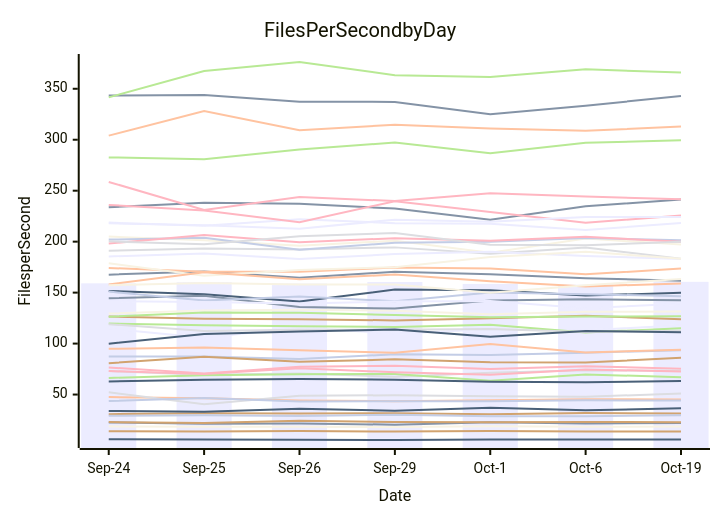
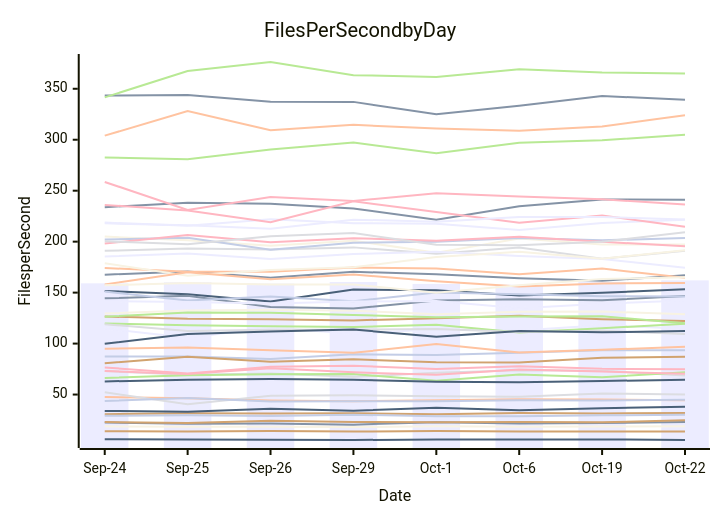
The diagram in perf-report.md (streetsidesoftware/cspell), drawn with Mermaid before and after one commit. The commit also changed other lines of this file and 1 other file, not shown here.

````diff
--- a/perf-report.md
+++ b/perf-report.md
@@ -10,57 +10,57 @@
 ```mermaid
 xychart-beta
     title Files Per Second by Day
     y-axis Files per Second
-    x-axis Date [Sep-24, Sep-25, Sep-26, Sep-29, Oct-1, Oct-6, Oct-19]
-    bar [159.12, 160.20, 158.85, 160.46, 158.54, 157.78, 160.58]
-    line [167.61, 170.71, 164.68, 170.44, 168.02, 164.09, 161.71]
-    line [47.56, 46.43, 44.28, 43.43, 44.41, 45.48, 45.18]
-    line [52.29, 40.48, 48.89, 49.28, 48.37, 47.88, 50.97]
-    line [282.67, 280.96, 290.36, 297.31, 286.74, 296.93, 299.41]
-    line [14.04, 13.83, 14.23, 13.74, 14.24, 13.86, 13.81]
-    line [43.68, 46.57, 43.13, 43.45, 43.36, 44.34, 44.15]
-    line [76.56, 70.74, 77.36, 78.18, 75.07, 77.78, 75.28]
-    line [6.07, 5.98, 5.68, 5.41, 5.92, 6.00, 6.02]
-    line [205.02, 201.39, 195.94, 200.94, 189.24, 203.08, 197.32]
-    line [114.76, 105.80, 115.76, 109.67, 113.99, 112.94, 118.00]
-    line [22.62, 21.27, 21.60, 20.47, 22.93, 21.69, 22.11]
-    line [174.18, 170.43, 170.45, 174.63, 173.65, 167.92, 173.59]
-    line [73.00, 69.32, 70.55, 67.39, 71.27, 73.77, 73.27]
-    line [66.34, 68.88, 70.01, 70.14, 63.55, 69.72, 67.05]
-    line [30.72, 31.67, 31.52, 31.59, 30.62, 31.79, 31.44]
-    line [87.21, 87.42, 84.85, 89.53, 88.83, 91.13, 93.37]
-    line [73.03, 70.23, 75.87, 71.80, 69.38, 74.54, 72.64]
-    line [62.91, 64.44, 65.18, 64.56, 62.65, 62.01, 63.29]
-    line [18.78, 18.52, 18.42, 18.07, 18.99, 18.38, 18.69]
-    line [218.68, 215.66, 222.06, 218.14, 217.51, 211.32, 218.31]
-    line [343.35, 343.97, 337.30, 337.13, 324.92, 333.43, 342.86]
-    line [304.00, 328.11, 309.34, 314.63, 311.05, 308.73, 313.03]
-    line [190.99, 193.37, 192.37, 194.39, 188.26, 194.31, 183.18]
-    line [119.64, 118.05, 116.99, 116.24, 118.39, 111.00, 115.01]
-    line [126.63, 124.32, 123.86, 122.76, 124.85, 127.28, 123.99]
-    line [202.02, 203.87, 192.01, 198.88, 199.85, 203.55, 201.34]
-    line [198.18, 206.47, 199.39, 203.39, 200.83, 204.79, 199.89]
-    line [33.90, 33.12, 36.15, 34.22, 37.04, 34.53, 36.49]
-    line [129.51, 132.51, 133.16, 132.31, 128.76, 131.24, 131.49]
-    line [185.48, 188.32, 183.01, 187.77, 190.16, 185.98, 183.04]
-    line [233.86, 238.09, 237.21, 232.50, 221.42, 234.66, 241.48]
-    line [94.92, 96.04, 93.49, 90.93, 99.59, 91.34, 93.97]
-    line [200.29, 197.49, 205.32, 208.45, 197.08, 196.39, 199.93]
-    line [126.43, 130.53, 130.33, 127.99, 125.90, 126.66, 126.74]
-    line [23.00, 22.21, 24.38, 23.05, 22.85, 23.16, 22.78]
-    line [29.23, 29.70, 28.98, 30.17, 28.67, 28.81, 29.58]
-    line [235.99, 230.67, 219.04, 239.66, 229.06, 218.48, 225.66]
-    line [151.64, 148.32, 141.41, 152.96, 152.29, 147.14, 149.81]
-    line [178.77, 166.50, 172.24, 175.00, 184.88, 190.21, 183.26]
-    line [217.97, 216.10, 212.71, 221.60, 219.58, 224.28, 224.21]
-    line [144.39, 146.81, 135.80, 134.31, 142.24, 143.38, 142.44]
-    line [158.06, 170.07, 163.11, 167.69, 161.21, 156.12, 158.95]
-    line [119.04, 112.27, 113.64, 113.59, 114.39, 111.42, 112.56]
-    line [341.57, 367.34, 376.26, 363.37, 361.56, 369.11, 365.93]
-    line [80.71, 87.03, 82.08, 84.54, 81.78, 81.41, 86.03]
-    line [151.00, 142.17, 146.26, 141.54, 150.02, 148.37, 146.50]
-    line [258.60, 231.14, 243.74, 239.90, 247.38, 244.34, 241.58]
-    line [99.84, 109.30, 111.81, 113.74, 106.75, 112.35, 111.02]
-    line [157.19, 159.48, 158.08, 158.04, 149.87, 157.33, 163.29]
-    line [141.65, 140.89, 139.38, 141.22, 141.74, 134.66, 139.08]
+    x-axis Date [Sep-24, Sep-25, Sep-26, Sep-29, Oct-1, Oct-6, Oct-19, Oct-22]
+    bar [159.12, 160.20, 158.85, 160.46, 158.54, 157.78, 160.58, 162.02]
+    line [167.61, 170.71, 164.68, 170.44, 168.02, 164.09, 161.71, 166.96]
+    line [47.56, 46.43, 44.28, 43.43, 44.41, 45.48, 45.18, 44.42]
+    line [52.29, 40.48, 48.89, 49.28, 48.37, 47.88, 50.97, 50.11]
+    line [282.67, 280.96, 290.36, 297.31, 286.74, 296.93, 299.41, 304.79]
+    line [14.04, 13.83, 14.23, 13.74, 14.24, 13.86, 13.81, 13.67]
+    line [43.68, 46.57, 43.13, 43.45, 43.36, 44.34, 44.15, 44.79]
+    line [76.56, 70.74, 77.36, 78.18, 75.07, 77.78, 75.28, 74.73]
+    line [6.07, 5.98, 5.68, 5.41, 5.92, 6.00, 6.02, 5.52]
+    line [205.02, 201.39, 195.94, 200.94, 189.24, 203.08, 197.32, 197.32]
+    line [114.76, 105.80, 115.76, 109.67, 113.99, 112.94, 118.00, 114.67]
+    line [22.62, 21.27, 21.60, 20.47, 22.93, 21.69, 22.11, 23.04]
+    line [174.18, 170.43, 170.45, 174.63, 173.65, 167.92, 173.59, 164.69]
+    line [73.00, 69.32, 70.55, 67.39, 71.27, 73.77, 73.27, 68.61]
+    line [66.34, 68.88, 70.01, 70.14, 63.55, 69.72, 67.05, 71.80]
+    line [30.72, 31.67, 31.52, 31.59, 30.62, 31.79, 31.44, 31.95]
+    line [87.21, 87.42, 84.85, 89.53, 88.83, 91.13, 93.37, 93.48]
+    line [73.03, 70.23, 75.87, 71.80, 69.38, 74.54, 72.64, 70.42]
+    line [62.91, 64.44, 65.18, 64.56, 62.65, 62.01, 63.29, 64.53]
+    line [18.78, 18.52, 18.42, 18.07, 18.99, 18.38, 18.69, 18.78]
+    line [218.68, 215.66, 222.06, 218.14, 217.51, 211.32, 218.31, 221.47]
+    line [343.35, 343.97, 337.30, 337.13, 324.92, 333.43, 342.86, 339.19]
+    line [304.00, 328.11, 309.34, 314.63, 311.05, 308.73, 313.03, 324.10]
+    line [190.99, 193.37, 192.37, 194.39, 188.26, 194.31, 183.18, 190.99]
+    line [119.64, 118.05, 116.99, 116.24, 118.39, 111.00, 115.01, 119.48]
+    line [126.63, 124.32, 123.86, 122.76, 124.85, 127.28, 123.99, 122.22]
+    line [202.02, 203.87, 192.01, 198.88, 199.85, 203.55, 201.34, 203.50]
+    line [198.18, 206.47, 199.39, 203.39, 200.83, 204.79, 199.89, 195.40]
+    line [33.90, 33.12, 36.15, 34.22, 37.04, 34.53, 36.49, 38.09]
+    line [129.51, 132.51, 133.16, 132.31, 128.76, 131.24, 131.49, 128.70]
+    line [185.48, 188.32, 183.01, 187.77, 190.16, 185.98, 183.04, 174.48]
+    line [233.86, 238.09, 237.21, 232.50, 221.42, 234.66, 241.48, 241.08]
+    line [94.92, 96.04, 93.49, 90.93, 99.59, 91.34, 93.97, 96.82]
+    line [200.29, 197.49, 205.32, 208.45, 197.08, 196.39, 199.93, 209.15]
+    line [126.43, 130.53, 130.33, 127.99, 125.90, 126.66, 126.74, 119.91]
+    line [23.00, 22.21, 24.38, 23.05, 22.85, 23.16, 22.78, 24.84]
+    line [29.23, 29.70, 28.98, 30.17, 28.67, 28.81, 29.58, 30.07]
+    line [235.99, 230.67, 219.04, 239.66, 229.06, 218.48, 225.66, 214.68]
+    line [151.64, 148.32, 141.41, 152.96, 152.29, 147.14, 149.81, 153.36]
+    line [178.77, 166.50, 172.24, 175.00, 184.88, 190.21, 183.26, 191.47]
+    line [217.97, 216.10, 212.71, 221.60, 219.58, 224.28, 224.21, 221.67]
+    line [144.39, 146.81, 135.80, 134.31, 142.24, 143.38, 142.44, 146.75]
+    line [158.06, 170.07, 163.11, 167.69, 161.21, 156.12, 158.95, 159.55]
+    line [119.04, 112.27, 113.64, 113.59, 114.39, 111.42, 112.56, 109.33]
+    line [341.57, 367.34, 376.26, 363.37, 361.56, 369.11, 365.93, 365.04]
+    line [80.71, 87.03, 82.08, 84.54, 81.78, 81.41, 86.03, 87.05]
+    line [151.00, 142.17, 146.26, 141.54, 150.02, 148.37, 146.50, 146.18]
+    line [258.60, 231.14, 243.74, 239.90, 247.38, 244.34, 241.58, 236.44]
+    line [99.84, 109.30, 111.81, 113.74, 106.75, 112.35, 111.02, 112.47]
+    line [157.19, 159.48, 158.08, 158.04, 149.87, 157.33, 163.29, 165.20]
+    line [141.65, 140.89, 139.38, 141.22, 141.74, 134.66, 139.08, 142.20]
 ```
````
